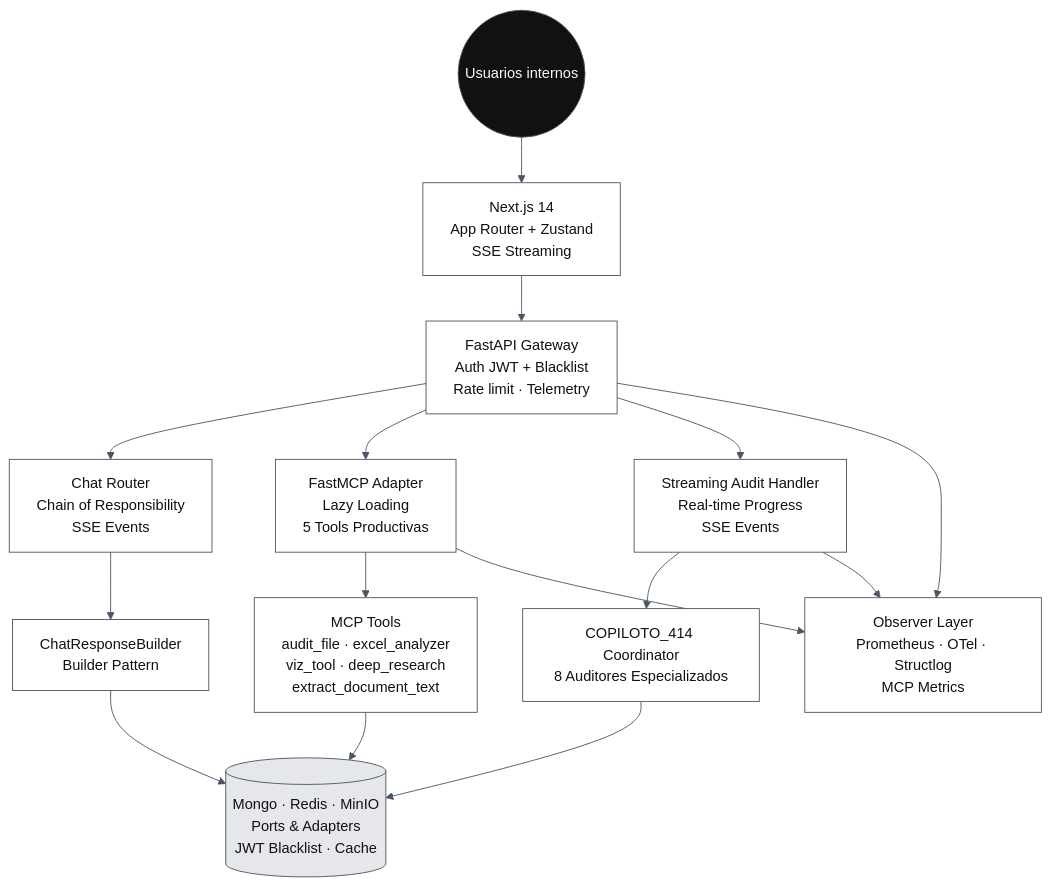
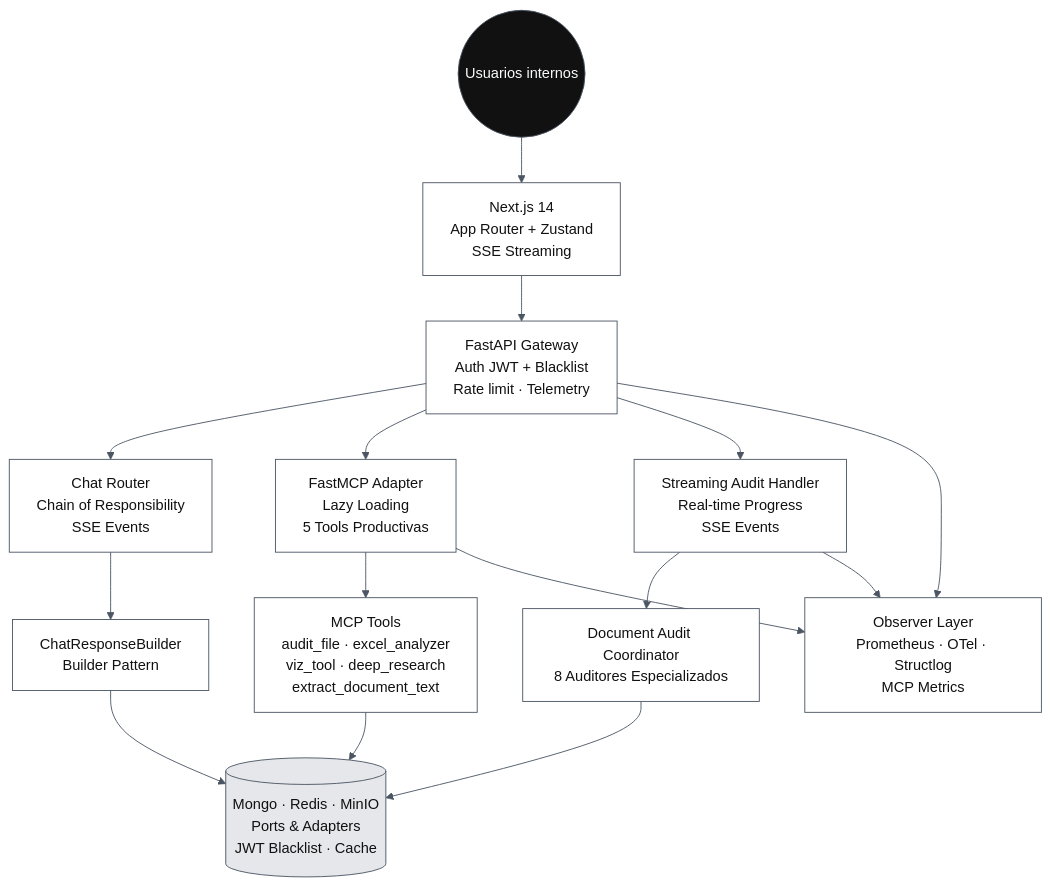
The first of 10 diagrams in README.md (saptiva-ai/octavios-chat), drawn with Mermaid before and after one commit. The commit also changed other lines of this file and 74 other files, not shown here.

````diff
--- a/README.md
+++ b/README.md
@@ -69,26 +69,26 @@
 ```mermaid
 %%{init: {'theme': 'base', 'themeVariables': {'primaryColor': '#111111','primaryBorderColor': '#4b5563','primaryTextColor': '#f9fafb','lineColor': '#4b5563','secondaryColor': '#ffffff','secondaryBorderColor': '#4b5563','secondaryTextColor': '#111111','tertiaryColor': '#d1d5db','tertiaryBorderColor': '#4b5563','tertiaryTextColor': '#111111'}}}%%
 flowchart TB
     user((Usuarios internos)):::dark --> web["Next.js 14<br/>App Router + Zustand<br/>SSE Streaming"]:::light
     web --> gateway["FastAPI Gateway<br/>Auth JWT + Blacklist<br/>Rate limit · Telemetry"]:::light
 
     gateway --> chat["Chat Router<br/>Chain of Responsibility<br/>SSE Events"]:::light
     gateway --> mcp["FastMCP Adapter<br/>Lazy Loading<br/>5 Tools Productivas"]:::light
     gateway --> audit_stream["Streaming Audit Handler<br/>Real-time Progress<br/>SSE Events"]:::light
 
     chat --> builder["ChatResponseBuilder<br/>Builder Pattern"]:::light
     mcp --> tools["MCP Tools<br/>audit_file · excel_analyzer<br/>viz_tool · deep_research<br/>extract_document_text"]:::light
-    audit_stream --> coordinator["COPILOTO_414 Coordinator<br/>8 Auditores Especializados"]:::light
+    audit_stream --> coordinator["Document Audit Coordinator<br/>8 Auditores Especializados"]:::light
 
     builder --> persistence[(Mongo · Redis · MinIO<br/>Ports & Adapters<br/>JWT Blacklist · Cache)]:::gray
     tools --> persistence
     coordinator --> persistence
 
     gateway --> observers["Observer Layer<br/>Prometheus · OTel · Structlog<br/>MCP Metrics"]:::light
     mcp --> observers
     audit_stream --> observers
 
     classDef dark fill:#111111,stroke:#4b5563,color:#f9fafb;
     classDef light fill:#ffffff,stroke:#4b5563,color:#111111;
     classDef gray fill:#e5e7eb,stroke:#4b5563,color:#111111;
 ```
````
